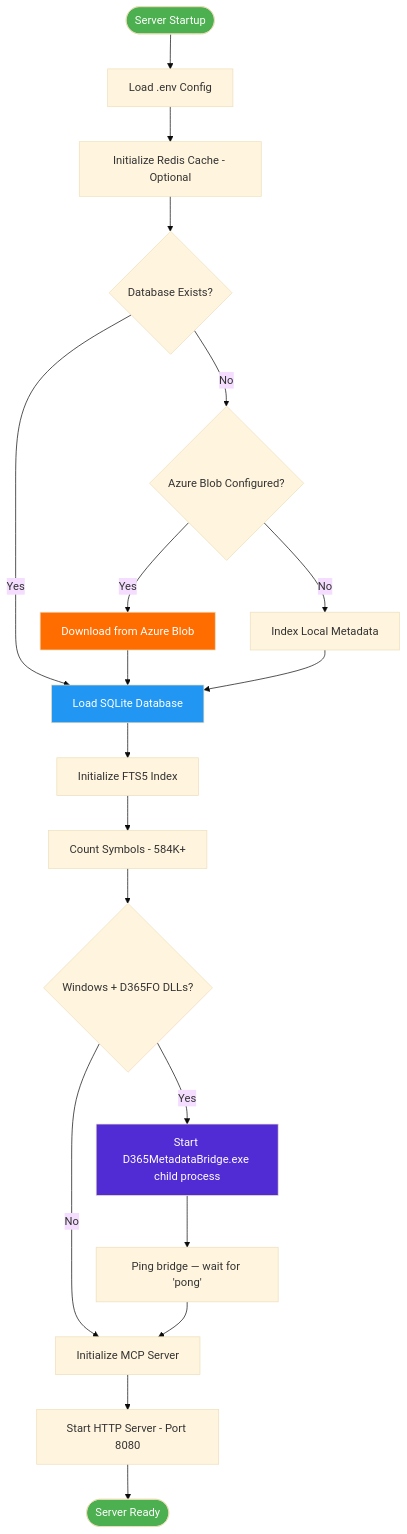
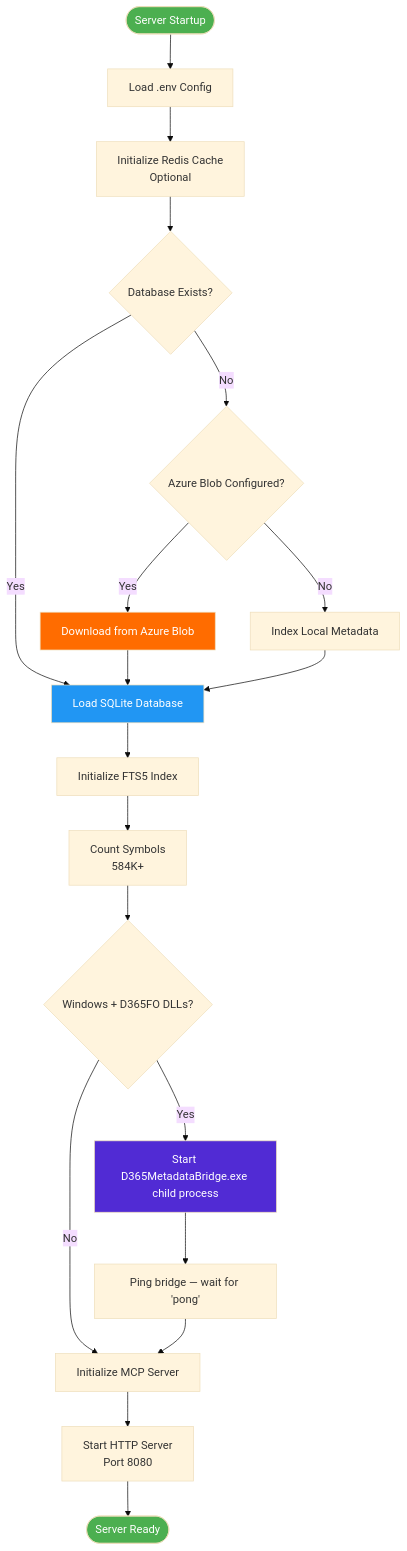
Before and after one commit to tfranczyk/d365fo-mcp-server: the fourth of 20 diagrams in docs/ARCHITECTURE.md, drawn with Mermaid (base theme). The commit also changed other lines of this file, not shown here.

Commit message:
architecture.md diagram fix

````diff
--- a/docs/ARCHITECTURE.md
+++ b/docs/ARCHITECTURE.md
@@ -380,33 +380,33 @@
 ```mermaid
 graph TD
     START([Server Startup]) --> ENV[Load .env Config]
-    ENV --> CACHE_INIT[Initialize Redis Cache - Optional]
+    ENV --> CACHE_INIT[Initialize Redis Cache\n Optional]
     CACHE_INIT --> DB_CHECK{Database Exists?}
     
     DB_CHECK -->|Yes| DB_LOAD[Load SQLite Database]
     DB_CHECK -->|No| AZURE_CHECK{Azure Blob Configured?}
     
     AZURE_CHECK -->|Yes| DOWNLOAD[Download from Azure Blob]
     AZURE_CHECK -->|No| INDEX_META[Index Local Metadata]
     
     DOWNLOAD --> DB_LOAD
     INDEX_META --> DB_LOAD
     
     DB_LOAD --> FTS_INIT[Initialize FTS5 Index]
-    FTS_INIT --> COUNT[Count Symbols - 584K+]
+    FTS_INIT --> COUNT[Count Symbols\n 584K+]
     COUNT --> BRIDGE_CHECK{Windows + D365FO DLLs?}
     
     BRIDGE_CHECK -->|Yes| BRIDGE_START[Start D365MetadataBridge.exe child process]
     BRIDGE_CHECK -->|No| MCP_INIT
     
     BRIDGE_START --> BRIDGE_PING[Ping bridge — wait for 'pong']
     BRIDGE_PING --> MCP_INIT[Initialize MCP Server]
-    MCP_INIT --> HTTP_START[Start HTTP Server - Port 8080]
+    MCP_INIT --> HTTP_START[Start HTTP Server\n Port 8080]
     HTTP_START --> READY([Server Ready])
     
     style START fill:#4CAF50,color:#fff
     style READY fill:#4CAF50,color:#fff
     style DOWNLOAD fill:#FF6C00,color:#fff
     style DB_LOAD fill:#2196F3,color:#fff
     style BRIDGE_START fill:#512BD4,color:#fff
 ```
````
